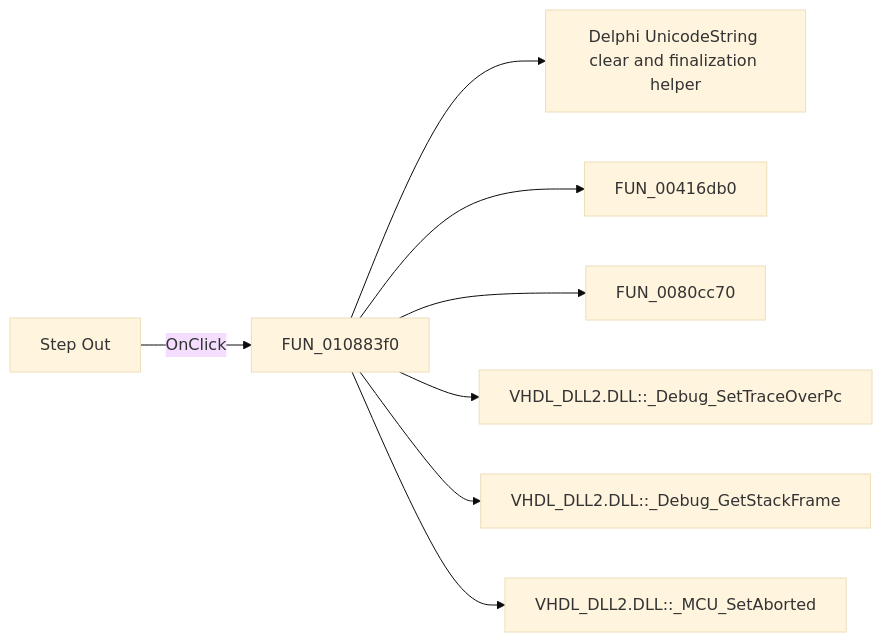
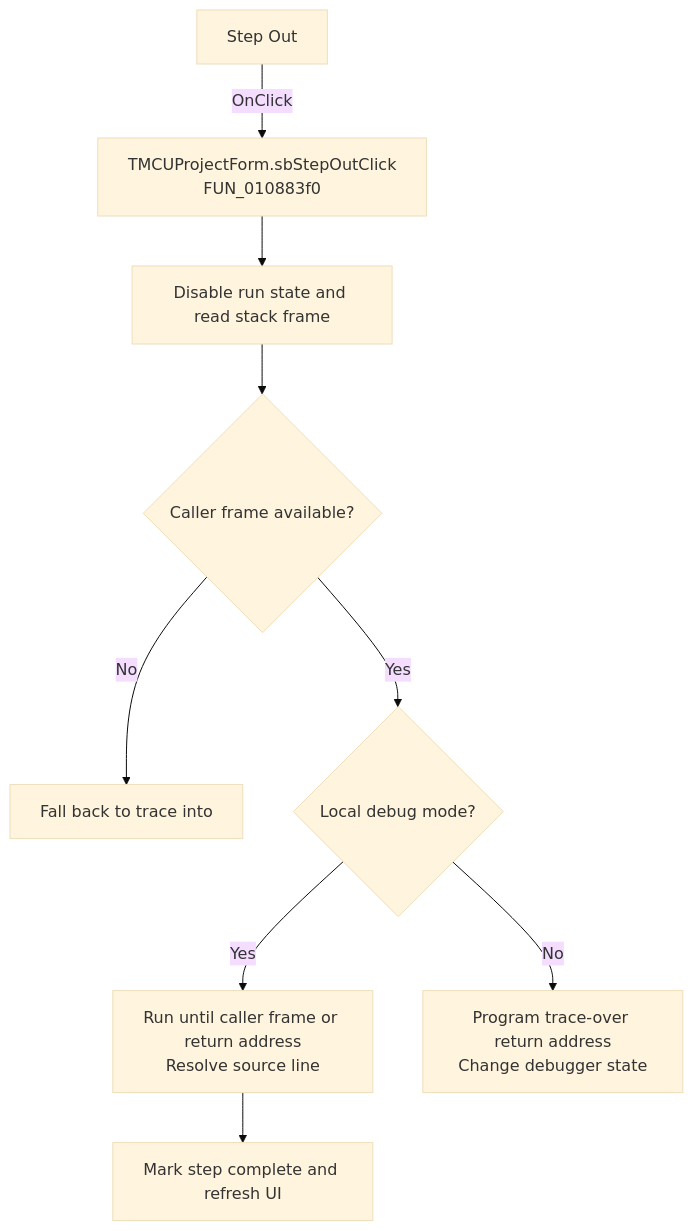
The diagram in docs/ui-controls/mcuprojectform/sbstepout-85502ee144.md (MovGP0/TIARA), drawn with Mermaid (base theme) before and after one commit. The commit also changed other lines of this file and 1062 other files, not shown here.

````diff
--- a/docs/ui-controls/mcuprojectform/sbstepout-85502ee144.md
+++ b/docs/ui-controls/mcuprojectform/sbstepout-85502ee144.md
@@ -27,10 +27,11 @@
 ```mermaid
-flowchart LR
-    control["Step Out"] -->|OnClick| handler["FUN_010883f0"]
-    handler --> call1["Delphi UnicodeString clear and finalization helper"]
-    handler --> call2["FUN_00416db0"]
-    handler --> call3["FUN_0080cc70"]
-    handler --> call4["VHDL_DLL2.DLL::_Debug_SetTraceOverPc"]
-    handler --> call5["VHDL_DLL2.DLL::_Debug_GetStackFrame"]
-    handler --> call6["VHDL_DLL2.DLL::_MCU_SetAborted"]
+flowchart TD
+    control["Step Out"] -->|OnClick| handler["TMCUProjectForm.sbStepOutClick<br/>FUN_010883f0"]
+    handler --> frame["Disable run state and read stack frame"]
+    frame --> available{"Caller frame available?"}
+    available -->|No| fallback["Fall back to trace into"]
+    available -->|Yes| mode{"Local debug mode?"}
+    mode -->|Yes| unwind["Run until caller frame or return address<br/>Resolve source line"]
+    mode -->|No| trace["Program trace-over return address<br/>Change debugger state"]
+    unwind --> refresh["Mark step complete and refresh UI"]
 ```
````
